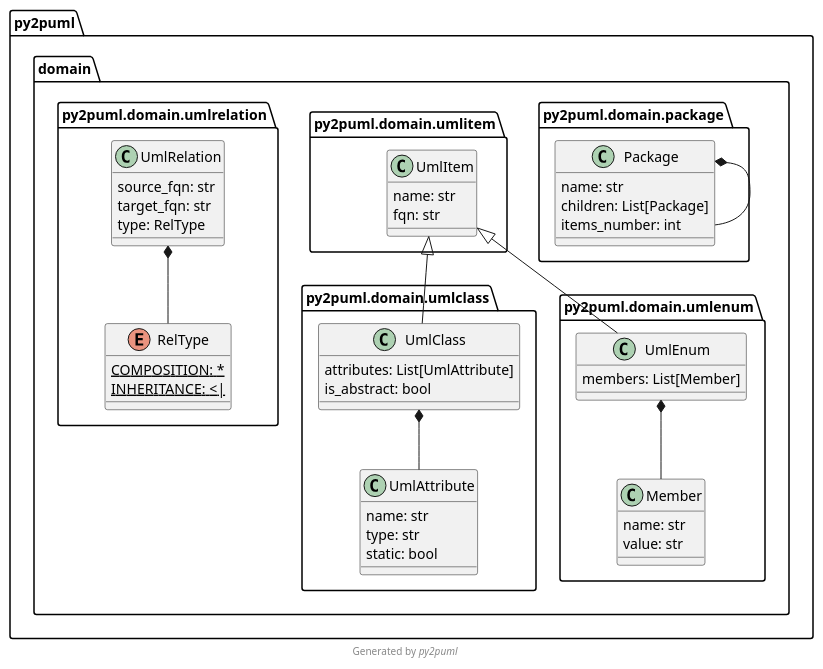
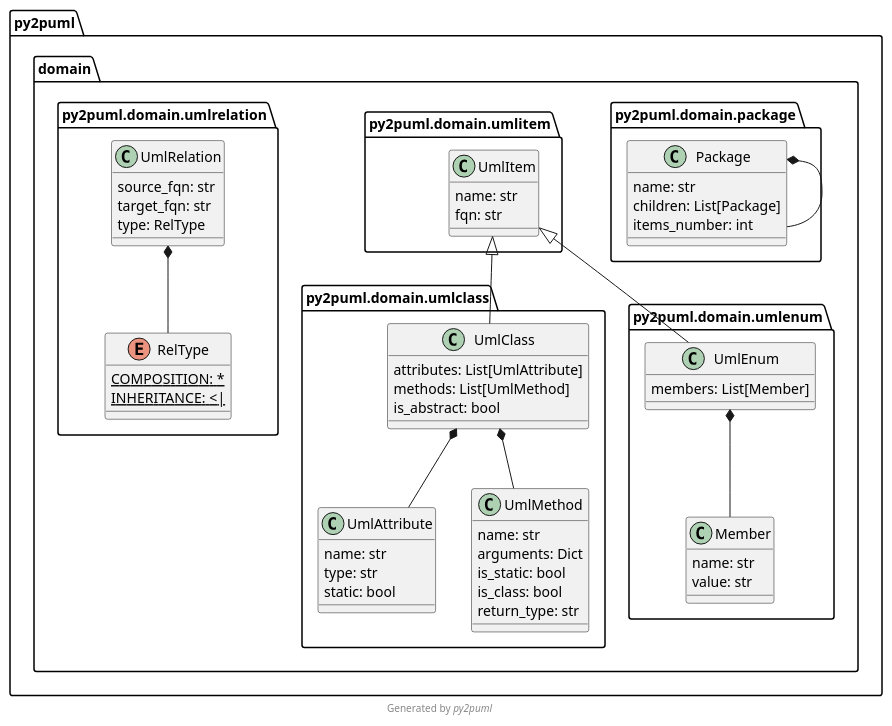
One commit to lucsorel/py2puml changed the diagram in py2puml/py2puml.domain.puml. Above: the diagram before and after it, drawn with PlantUML. The commit also changed 64 other files, not shown here.

```diff
--- a/py2puml/py2puml.domain.puml
+++ b/py2puml/py2puml.domain.puml
@@ -1,50 +1,59 @@
 @startuml py2puml.domain
 namespace py2puml.domain {
   namespace package {}
   namespace umlclass {}
   namespace umlitem {}
   namespace umlenum {}
   namespace umlrelation {}
 }
 class py2puml.domain.package.Package {
   name: str
   children: List[Package]
   items_number: int
 }
 class py2puml.domain.umlclass.UmlAttribute {
   name: str
   type: str
   static: bool
 }
 class py2puml.domain.umlclass.UmlClass {
   attributes: List[UmlAttribute]
+  methods: List[UmlMethod]
   is_abstract: bool
 }
 class py2puml.domain.umlitem.UmlItem {
   name: str
   fqn: str
+}
+class py2puml.domain.umlclass.UmlMethod {
+  name: str
+  arguments: Dict
+  is_static: bool
+  is_class: bool
+  return_type: str
 }
 class py2puml.domain.umlenum.Member {
   name: str
   value: str
 }
 class py2puml.domain.umlenum.UmlEnum {
   members: List[Member]
 }
 enum py2puml.domain.umlrelation.RelType {
   COMPOSITION: * {static}
   INHERITANCE: <| {static}
 }
 class py2puml.domain.umlrelation.UmlRelation {
   source_fqn: str
   target_fqn: str
   type: RelType
 }
 py2puml.domain.package.Package *-- py2puml.domain.package.Package
 py2puml.domain.umlclass.UmlClass *-- py2puml.domain.umlclass.UmlAttribute
+py2puml.domain.umlclass.UmlClass *-- py2puml.domain.umlclass.UmlMethod
 py2puml.domain.umlitem.UmlItem <|-- py2puml.domain.umlclass.UmlClass
 py2puml.domain.umlenum.UmlEnum *-- py2puml.domain.umlenum.Member
 py2puml.domain.umlitem.UmlItem <|-- py2puml.domain.umlenum.UmlEnum
 py2puml.domain.umlrelation.UmlRelation *-- py2puml.domain.umlrelation.RelType
 footer Generated by //py2puml//
 @enduml
```
